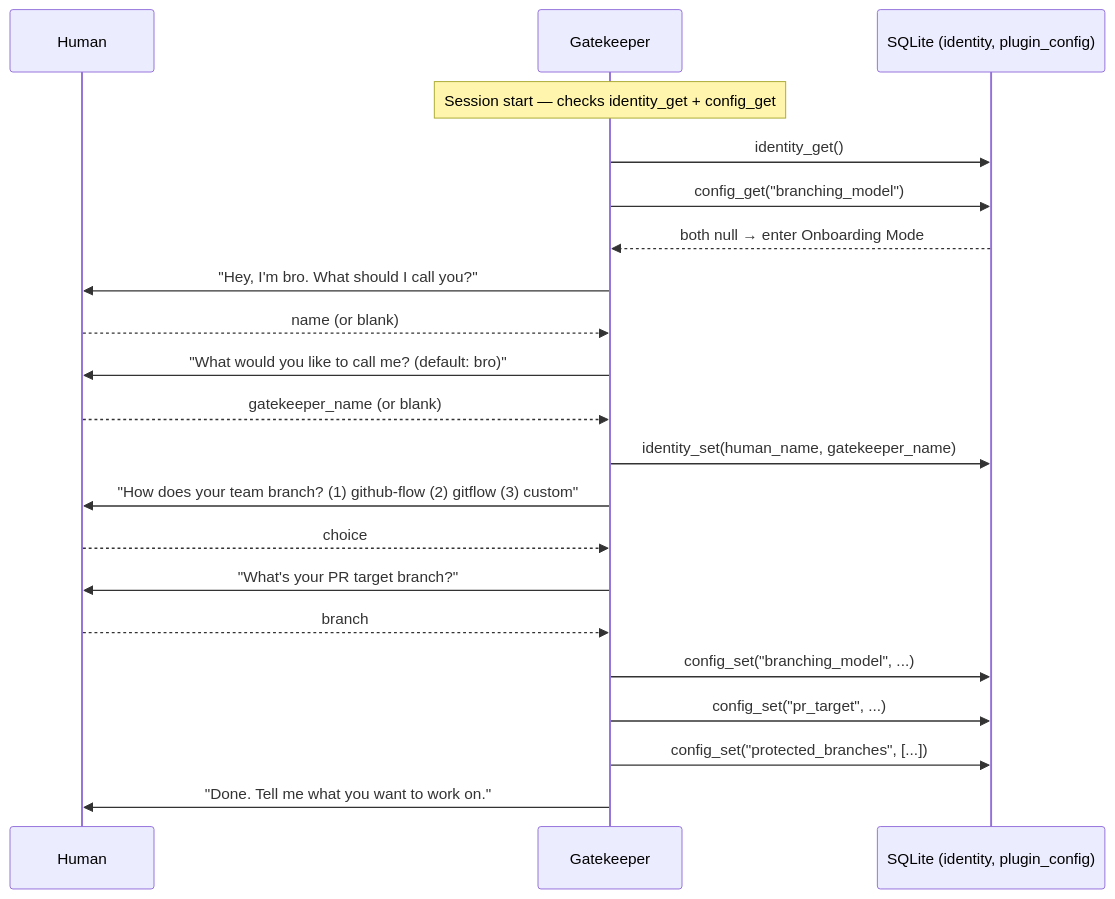
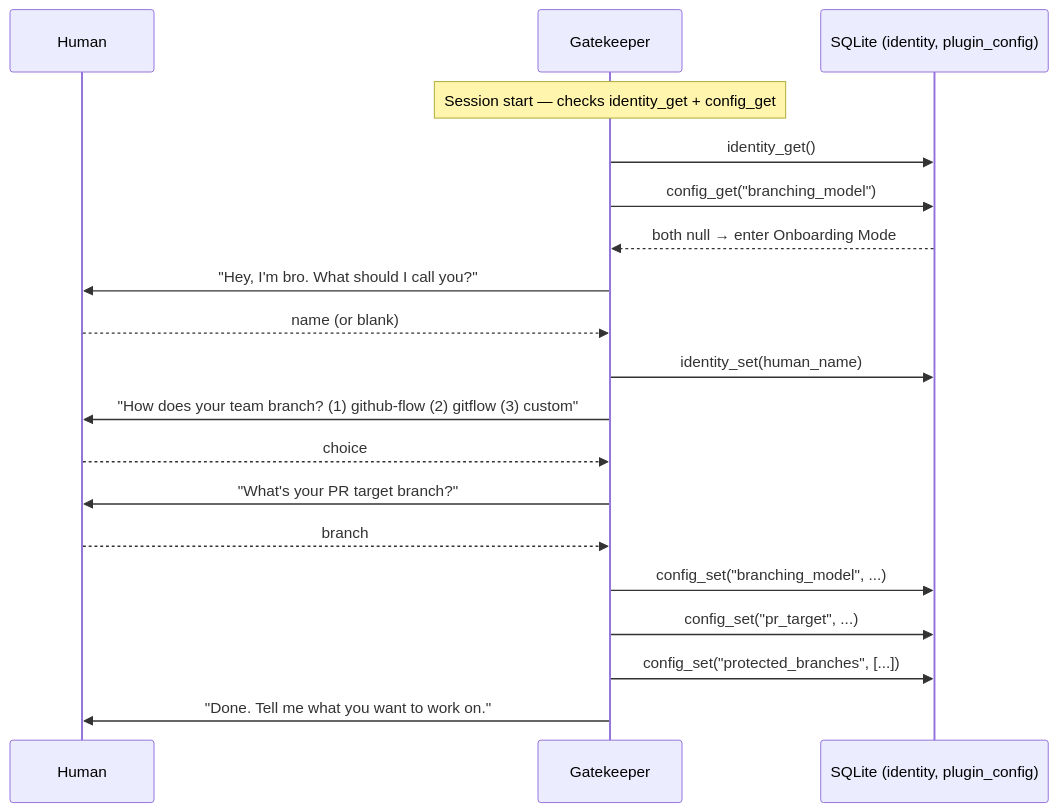
One commit to trustmybot/plugin changed the first of 9 diagrams in docs/architecture/FLOWS.md. Above: the diagram before and after it, drawn with Mermaid. The commit also changed 3 other files, not shown here.

````diff
--- a/docs/architecture/FLOWS.md
+++ b/docs/architecture/FLOWS.md
@@ -34,27 +34,25 @@
 ```mermaid
 sequenceDiagram
     participant H as Human
     participant G as Gatekeeper
     participant DB as SQLite (identity, plugin_config)
 
     Note over G: Session start — checks identity_get + config_get
     G->>DB: identity_get()
     G->>DB: config_get("branching_model")
     DB-->>G: both null → enter Onboarding Mode
 
     G->>H: "Hey, I'm bro. What should I call you?"
     H-->>G: name (or blank)
-    G->>H: "What would you like to call me? (default: bro)"
-    H-->>G: gatekeeper_name (or blank)
-    G->>DB: identity_set(human_name, gatekeeper_name)
+    G->>DB: identity_set(human_name)
 
     G->>H: "How does your team branch? (1) github-flow (2) gitflow (3) custom"
     H-->>G: choice
     G->>H: "What's your PR target branch?"
     H-->>G: branch
     G->>DB: config_set("branching_model", ...)
     G->>DB: config_set("pr_target", ...)
     G->>DB: config_set("protected_branches", [...])
 
     G->>H: "Done. Tell me what you want to work on."
 ```
````
